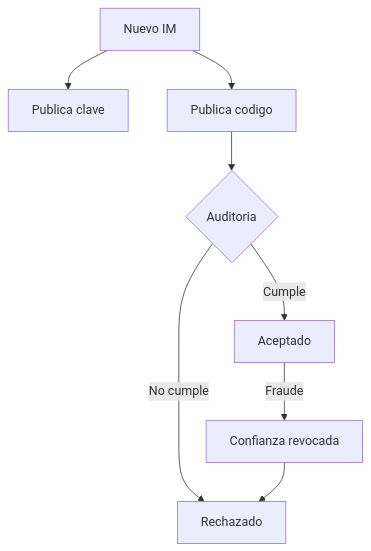
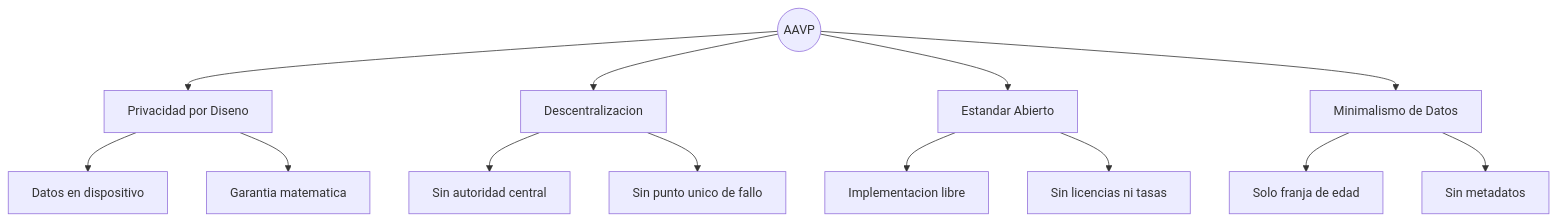
One commit to jorgej-ramos/AAVP changed the third of 4 diagrams in README.md. Above: the diagram before and after it, drawn with Mermaid. The commit also changed other lines of this file and 1 other file, not shown here.

````diff
--- a/README.md
+++ b/README.md
@@ -285,10 +135,16 @@
 ```mermaid
-flowchart TD
-    A[Nuevo IM] --> B[Publica clave]
-    A --> C[Publica codigo]
-    C --> D{Auditoria}
-    D -->|Cumple| E[Aceptado]
-    D -->|No cumple| F[Rechazado]
-    E -->|Fraude| G[Confianza revocada]
-    G --> F
+graph TD
+    AAVP((AAVP))
+    AAVP --> A[Privacidad por Diseno]
+    AAVP --> B[Descentralizacion]
+    AAVP --> C[Estandar Abierto]
+    AAVP --> D[Minimalismo de Datos]
+    A --> A1[Datos en dispositivo]
+    A --> A2[Garantia matematica]
+    B --> B1[Sin autoridad central]
+    B --> B2[Sin punto unico de fallo]
+    C --> C1[Implementacion libre]
+    C --> C2[Sin licencias ni tasas]
+    D --> D1[Solo franja de edad]
+    D --> D2[Sin metadatos]
 ```
````
